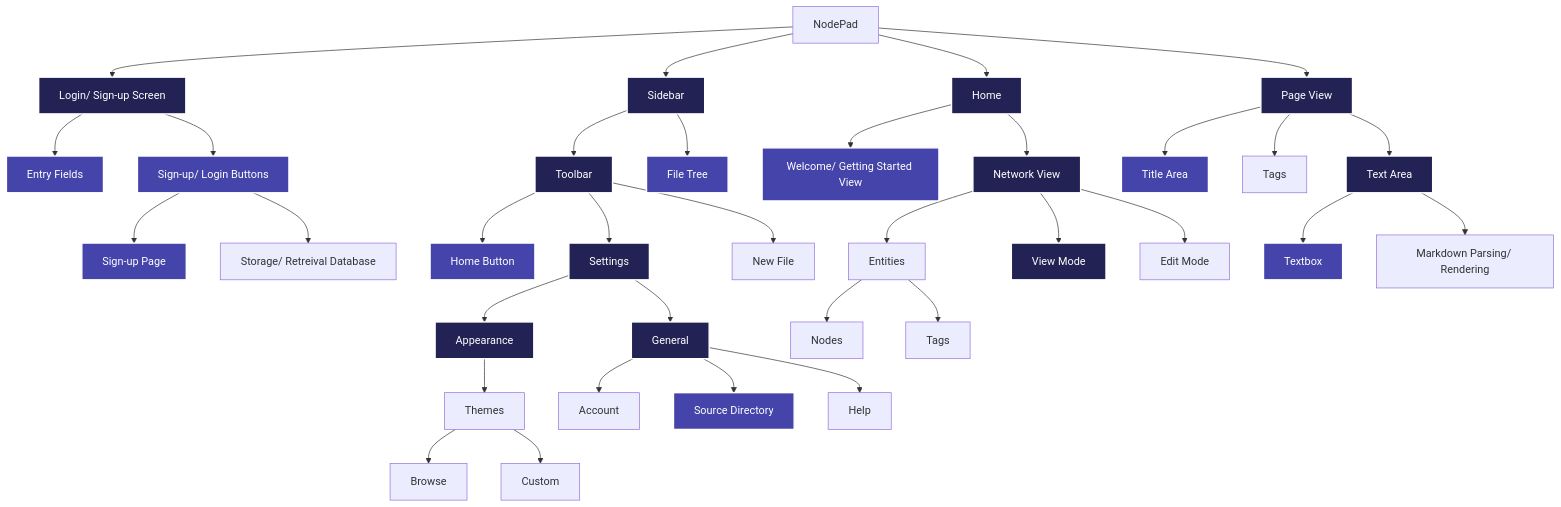
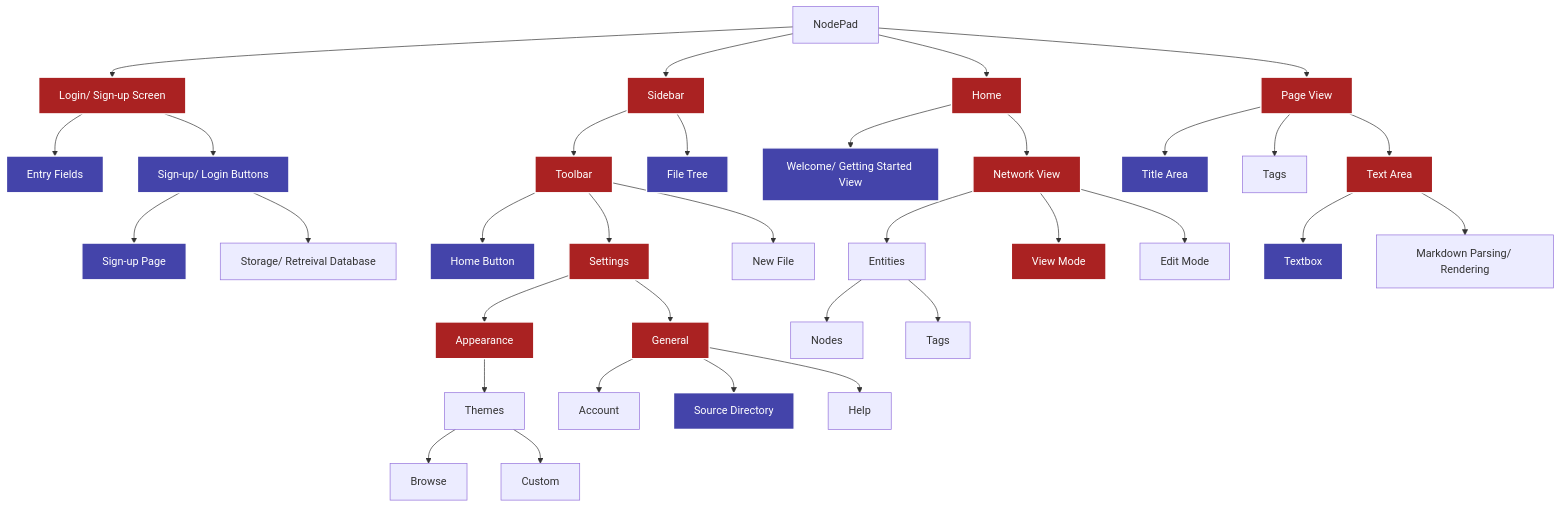
Before and after one commit to samcalthrop/NodePad: the diagram in Write-up/2 - Iterative Development/2.1-Iteration1/2.1.2-functionality_of_prototype.md, drawn with Mermaid.

Commit message:
testing mermaid diagram for write up

````diff
--- a/Write-up/2 - Iterative Development/2.1-Iteration1/2.1.2-functionality_of_prototype.md
+++ b/Write-up/2 - Iterative Development/2.1-Iteration1/2.1.2-functionality_of_prototype.md
@@ -6,44 +6,44 @@
 ```mermaid
 
 flowchart TD
 
 	A --> U[Login/ Sign-up Screen]:::highlight-half
 	U --> V[Entry Fields]:::highlight
 	U --> W[Sign-up/ Login Buttons]:::highlight
 	W --> Z[Sign-up Page]:::highlight
 	W --> ZA[Storage/ Retreival Database]
 
   A[NodePad] --> B[Sidebar]:::highlight-half
   B --> C[Toolbar]:::highlight-half
   B --> D[File Tree]:::highlight
   C --> E[Home Button]:::highlight
   C --> F[Settings]:::highlight-half
   F --> G[Appearance]:::highlight-half
   G --> H[Themes]
   H --> Browse
   H --> Custom
   F --> X[General]:::highlight-half
   X --> Account
   X --> Y[Source Directory]:::highlight
   X --> Help
   C --> J[New File]
 
   A --> K[Home]:::highlight-half
   K --> L[Welcome/ Getting Started View]:::highlight
   K --> M[Network View]:::highlight-half
   M --> N[Entities]
   N --> Nodes
   N --> Tags
   M --> O[View Mode]:::highlight-half
   M --> P[Edit Mode]
 
   A --> Q[Page View]:::highlight-half
   Q --> R[Title Area]:::highlight
   Q --> S[Tags]
   Q --> T[Text Area]:::highlight-half
   T --> ZB[Textbox]:::highlight
   T --> ZC[Markdown Parsing/ Rendering]
 
   classDef highlight fill:#44a,stroke:#fff,stroke-width:2px,color:#fff
-  classDef highlight-half fill:#225,stroke:#fff,stroke-width:2px,color:#fff
+  classDef highlight-half fill:#a22,stroke:#fff,stroke-width:2px,color:#fff
 ```
````
